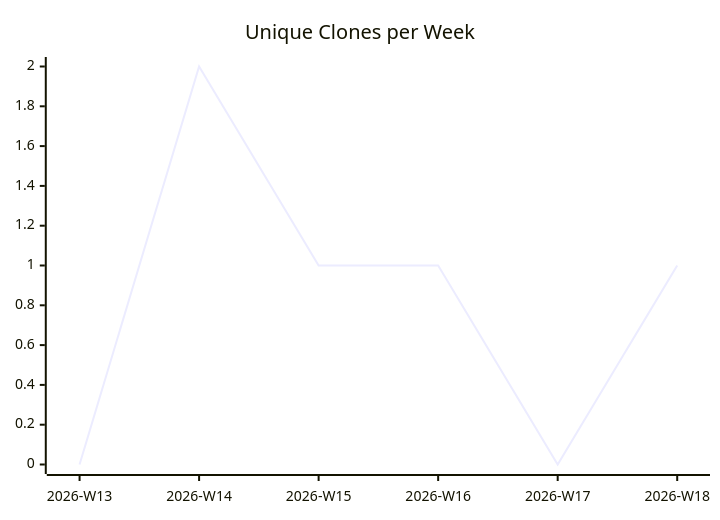
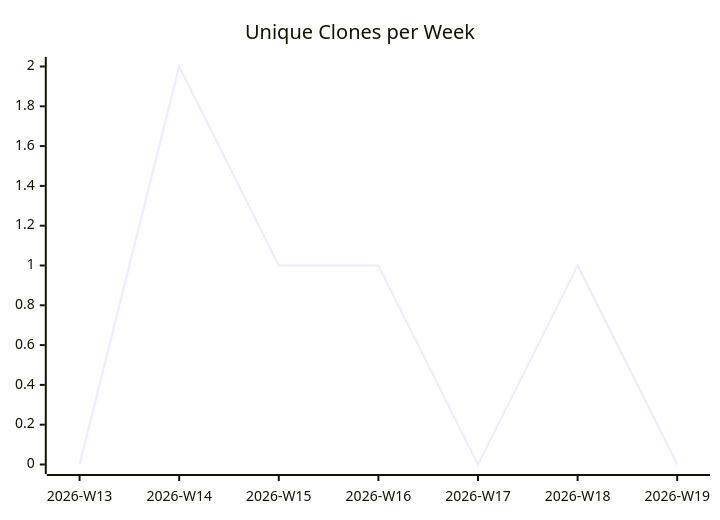
One commit to justdavis-family/github-analytics-data changed the third of 3 diagrams in karlmdavis/todoist-ai/README.md. Above: the diagram before and after it, drawn with Mermaid. The commit also changed other lines of this file and 187 other files, not shown here.

````diff
--- a/karlmdavis/todoist-ai/README.md
+++ b/karlmdavis/todoist-ai/README.md
@@ -19,6 +19,6 @@
 ```mermaid
 xychart-beta
   title "Unique Clones per Week"
-  x-axis ["2026-W13", "2026-W14", "2026-W15", "2026-W16", "2026-W17", "2026-W18"]
-  line [0, 2, 1, 1, 0, 1]
+  x-axis ["2026-W13", "2026-W14", "2026-W15", "2026-W16", "2026-W17", "2026-W18", "2026-W19"]
+  line [0, 2, 1, 1, 0, 1, 0]
 ```
````
